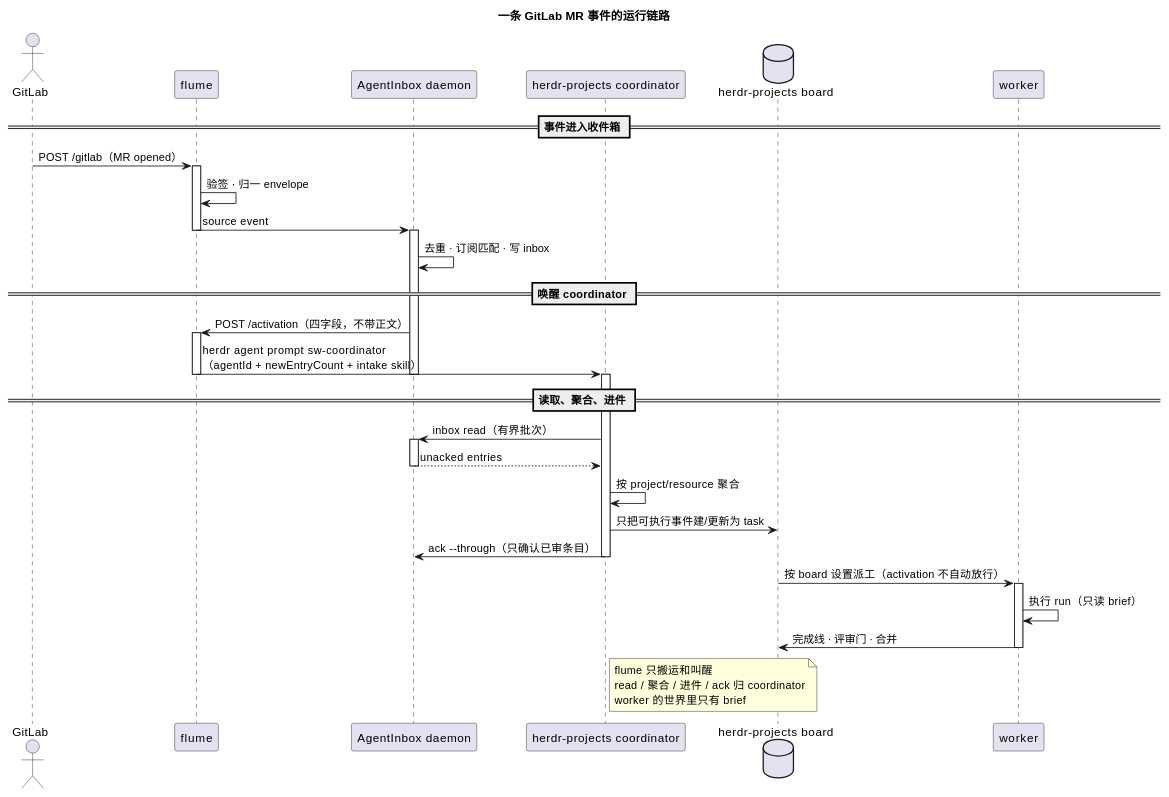
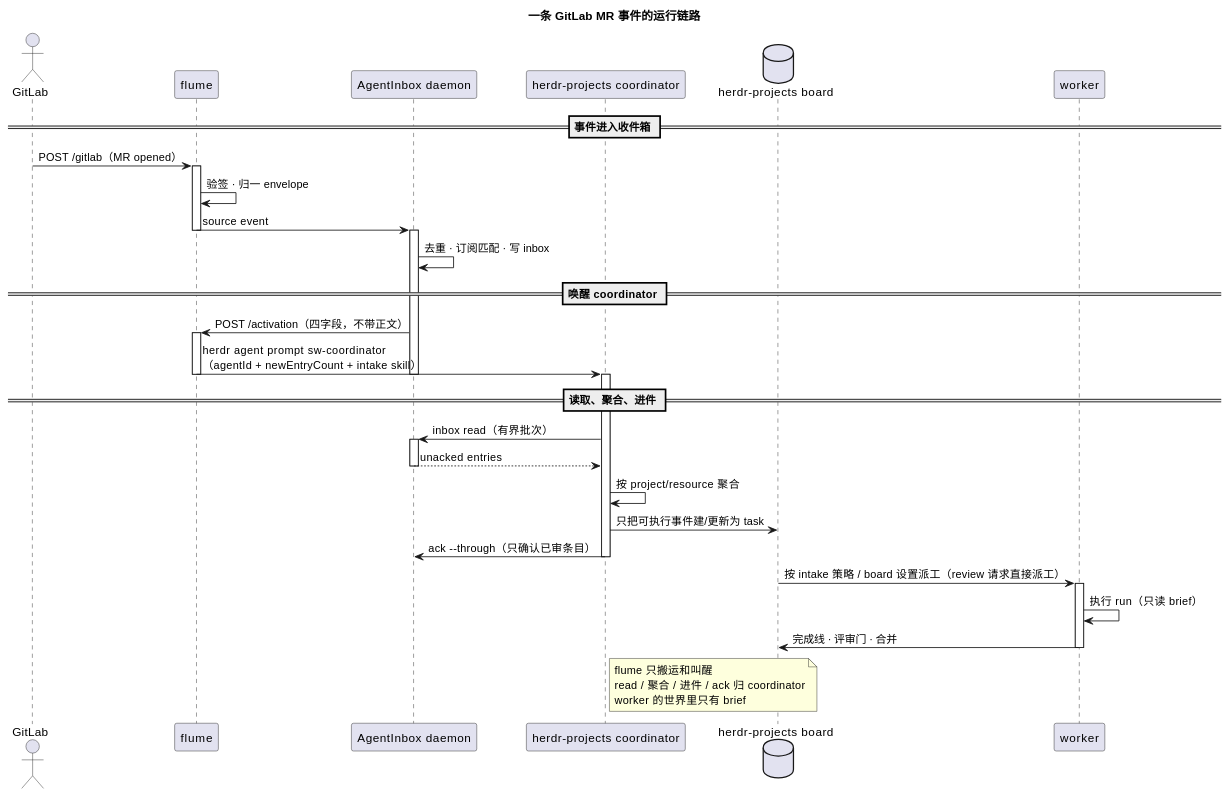
One commit to iodone/flume changed the diagram in README.md. Above: the diagram before and after it, drawn with PlantUML. The commit also changed 1 other file, not shown here.

Commit message:
docs: sequence diagram reflects review auto-delegation

````diff
--- a/README.md
+++ b/README.md
@@ -138,52 +138,52 @@
 ```plantuml
 @startuml
 title 一条 GitLab MR 事件的运行链路
 
 actor       "GitLab"                      as GL
 participant "flume"                       as FL
 participant "AgentInbox daemon"           as AI
 participant "herdr-projects coordinator"  as CO
 database    "herdr-projects board"        as BD
 participant "worker"                      as WK
 
 == 事件进入收件箱 ==
 GL -> FL : POST /gitlab（MR opened）
 activate FL
 FL -> FL : 验签 · 归一 envelope
 FL -> AI : source event
 deactivate FL
 activate AI
 AI -> AI : 去重 · 订阅匹配 · 写 inbox
 
 == 唤醒 coordinator ==
 AI -> FL : POST /activation（四字段，不带正文）
 activate FL
 FL -> CO : herdr agent prompt sw-coordinator\n（agentId + newEntryCount + intake skill）
 deactivate FL
 deactivate AI
 
 == 读取、聚合、进件 ==
 activate CO
 CO -> AI : inbox read（有界批次）
 activate AI
 AI --> CO : unacked entries
 deactivate AI
 CO -> CO : 按 project/resource 聚合
 CO -> BD : 只把可执行事件建/更新为 task
 CO -> AI : ack --through（只确认已审条目）
 deactivate CO
 
-BD -> WK : 按 board 设置派工（activation 不自动放行）
+BD -> WK : 按 intake 策略 / board 设置派工（review 请求直接派工）
 activate WK
 WK -> WK : 执行 run（只读 brief）
 WK -> BD : 完成线 · 评审门 · 合并
 deactivate WK
 
 note right of CO
   flume 只搬运和叫醒
   read / 聚合 / 进件 / ack 归 coordinator
   worker 的世界里只有 brief
 end note
 
 @enduml
 ```
````
